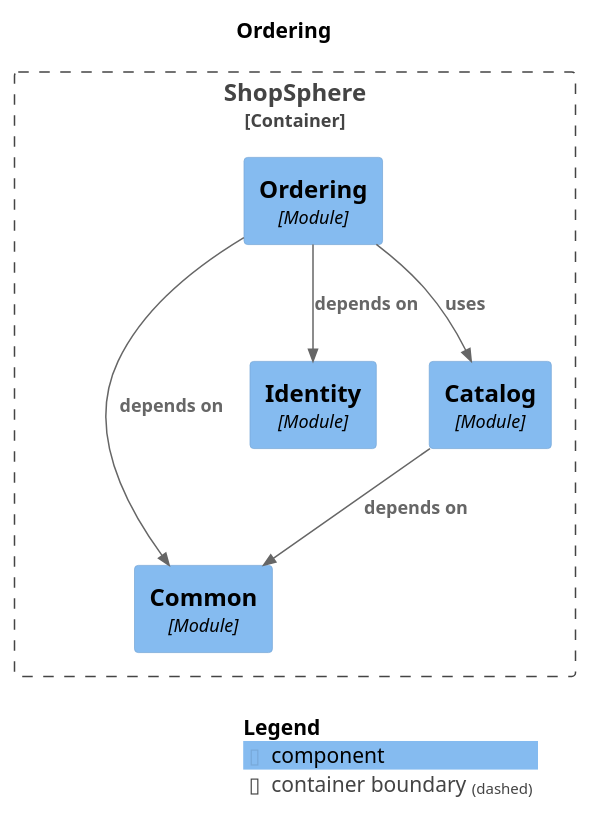
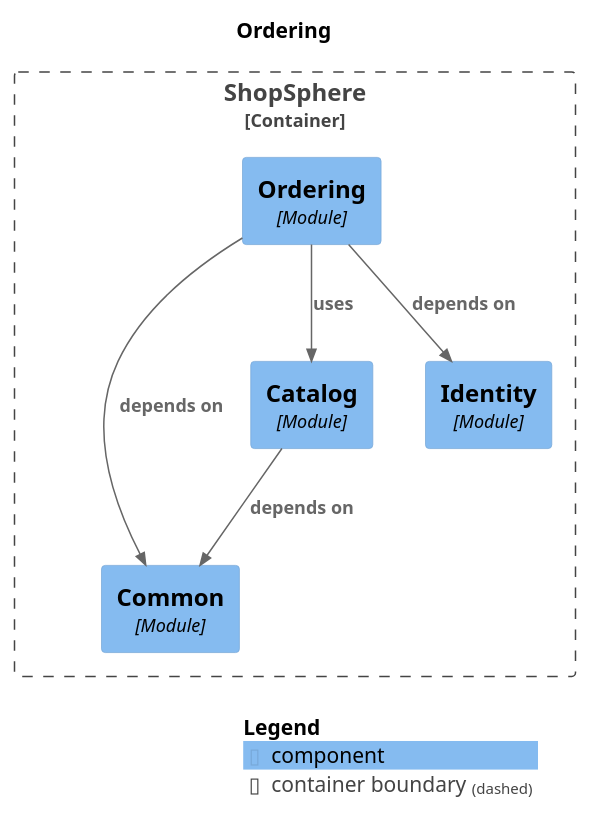
The diagram in docs/modulith/module-ordering.puml (Poojithvsc/shopsphere), drawn with PlantUML before and after one commit. The commit also changed other lines of this file and 18 other files, not shown here.

First line of the commit message:
feat(ordering): checkout flow with Order aggregate and transactional outbox (Phase 7, #11)

```diff
--- a/docs/modulith/module-ordering.puml
+++ b/docs/modulith/module-ordering.puml
@@ -1,24 +1,24 @@
 @startuml
 set separator none
 title Ordering
 
 top to bottom direction
 
 !include <C4/C4>
 !include <C4/C4_Context>
 !include <C4/C4_Component>
 
 Container_Boundary("ShopSphere.ShopSphere_boundary", "ShopSphere", $tags="") {
   Component(ShopSphere.ShopSphere.Common, "Common", $techn="Module", $descr="", $tags="", $link="")
+  Component(ShopSphere.ShopSphere.Ordering, "Ordering", $techn="Module", $descr="", $tags="", $link="")
+  Component(ShopSphere.ShopSphere.Catalog, "Catalog", $techn="Module", $descr="", $tags="", $link="")
   Component(ShopSphere.ShopSphere.Identity, "Identity", $techn="Module", $descr="", $tags="", $link="")
-  Component(ShopSphere.ShopSphere.Catalog, "Catalog", $techn="Module", $descr="", $tags="", $link="")
-  Component(ShopSphere.ShopSphere.Ordering, "Ordering", $techn="Module", $descr="", $tags="", $link="")
 }
 
 Rel(ShopSphere.ShopSphere.Ordering, ShopSphere.ShopSphere.Common, "depends on", $techn="", $tags="", $link="")
 Rel(ShopSphere.ShopSphere.Ordering, ShopSphere.ShopSphere.Catalog, "uses", $techn="", $tags="", $link="")
 Rel(ShopSphere.ShopSphere.Catalog, ShopSphere.ShopSphere.Common, "depends on", $techn="", $tags="", $link="")
 Rel(ShopSphere.ShopSphere.Ordering, ShopSphere.ShopSphere.Identity, "depends on", $techn="", $tags="", $link="")
 
 SHOW_LEGEND(true)
 @enduml
```
